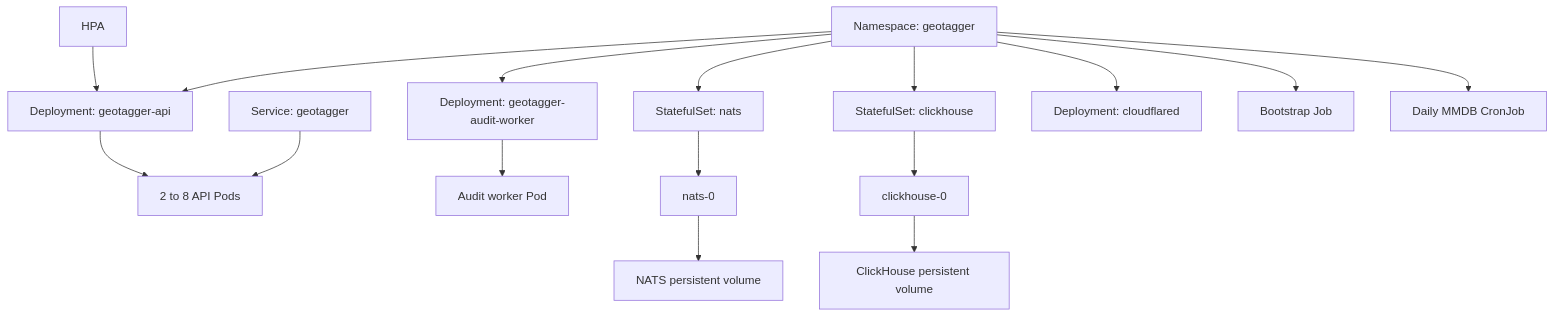
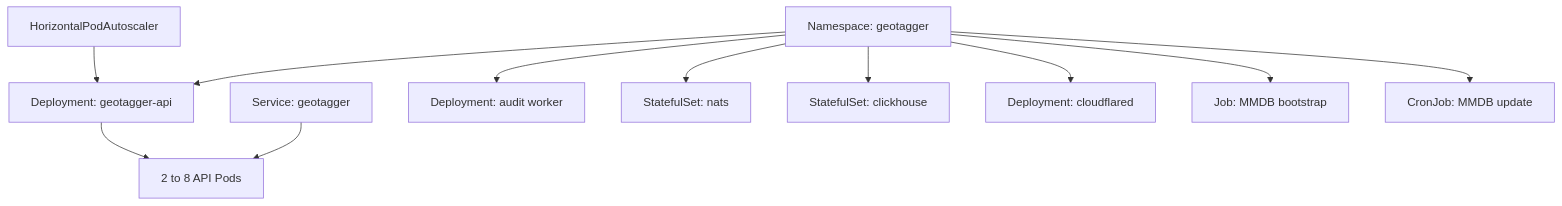
Before and after one commit to Jstarzz/geotagger: the third of 10 diagrams in docs/KUBERNETES.md, drawn with Mermaid. The commit also changed other lines of this file, not shown here.

Commit message:
docs: explain atomic MMDB bundle in K3s

````diff
--- a/docs/KUBERNETES.md
+++ b/docs/KUBERNETES.md
@@ -66,22 +56,14 @@
 ```mermaid
 flowchart TB
     NS["Namespace: geotagger"] --> API_DEP["Deployment: geotagger-api"]
     API_DEP --> API_PODS["2 to 8 API Pods"]
-    HPA["HPA"] --> API_DEP
+    HPA["HorizontalPodAutoscaler"] --> API_DEP
     API_SVC["Service: geotagger"] --> API_PODS
 
-    NS --> WORKER_DEP["Deployment: geotagger-audit-worker"]
-    WORKER_DEP --> WORKER["Audit worker Pod"]
-
+    NS --> WORKER_DEP["Deployment: audit worker"]
     NS --> NATS_SS["StatefulSet: nats"]
-    NATS_SS --> NATS_POD["nats-0"]
-    NATS_POD --> NATS_PVC["NATS persistent volume"]
-
     NS --> CH_SS["StatefulSet: clickhouse"]
-    CH_SS --> CH_POD["clickhouse-0"]
-    CH_POD --> CH_PVC["ClickHouse persistent volume"]
-
     NS --> CFD_DEP["Deployment: cloudflared"]
-    NS --> MMDB_JOB["Bootstrap Job"]
-    NS --> MMDB_CRON["Daily MMDB CronJob"]
+    NS --> MMDB_JOB["Job: MMDB bootstrap"]
+    NS --> MMDB_CRON["CronJob: MMDB update"]
 ```
````
